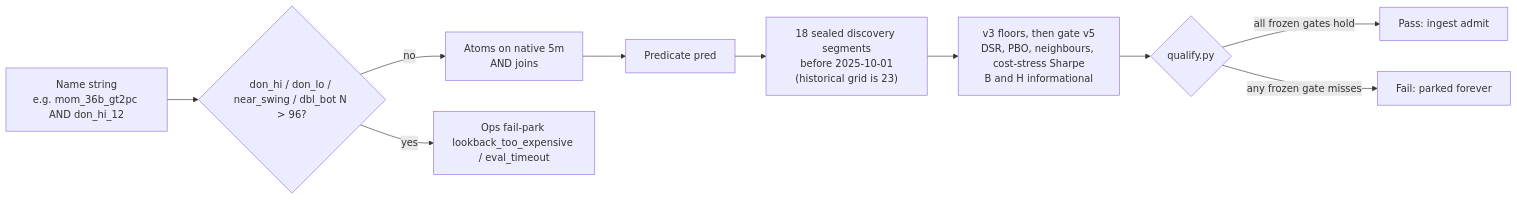
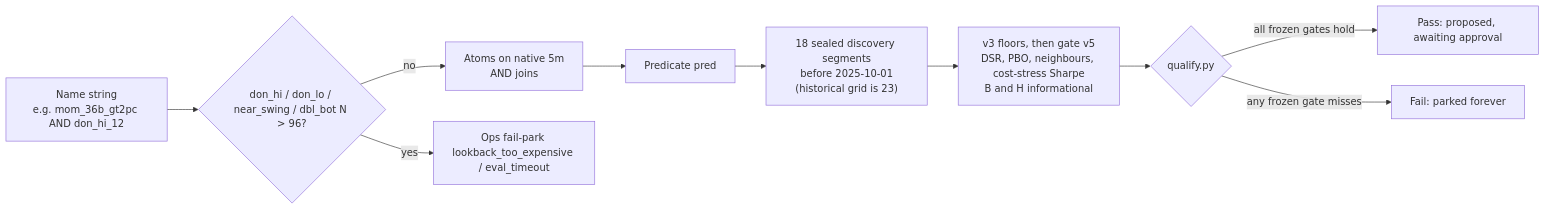
One commit to Runemark7/paper-trading-bot changed the second of 3 diagrams in docs/WORKFLOW.md. Above: the diagram before and after it, drawn with Mermaid. The commit also changed other lines of this file and 30 other files, not shown here.

````diff
--- a/docs/WORKFLOW.md
+++ b/docs/WORKFLOW.md
@@ -115,19 +115,19 @@
 ```mermaid
 flowchart LR
   name["Name string\ne.g. mom_36b_gt2pc AND don_hi_12"]
   cap{"don_hi / don_lo / near_swing / dbl_bot N > 96?"}
   atoms["Atoms on native 5m\nAND joins"]
   pred["Predicate pred"]
   windows["18 sealed discovery segments\nbefore 2025-10-01\n(historical grid is 23)"]
   score["v3 floors, then gate v5\nDSR, PBO, neighbours, cost-stress Sharpe\nB and H informational"]
   decision{"qualify.py"}
-  passNode["Pass: ingest admit"]
+  passNode["Pass: proposed, awaiting approval"]
   failNode["Fail: parked forever"]
   opsPark["Ops fail-park lookback_too_expensive / eval_timeout"]
 
   name --> cap
   cap -->|yes| opsPark
   cap -->|no| atoms --> pred --> windows --> score --> decision
   decision -->|"all frozen gates hold"| passNode
   decision -->|"any frozen gate misses"| failNode
 ```
````
